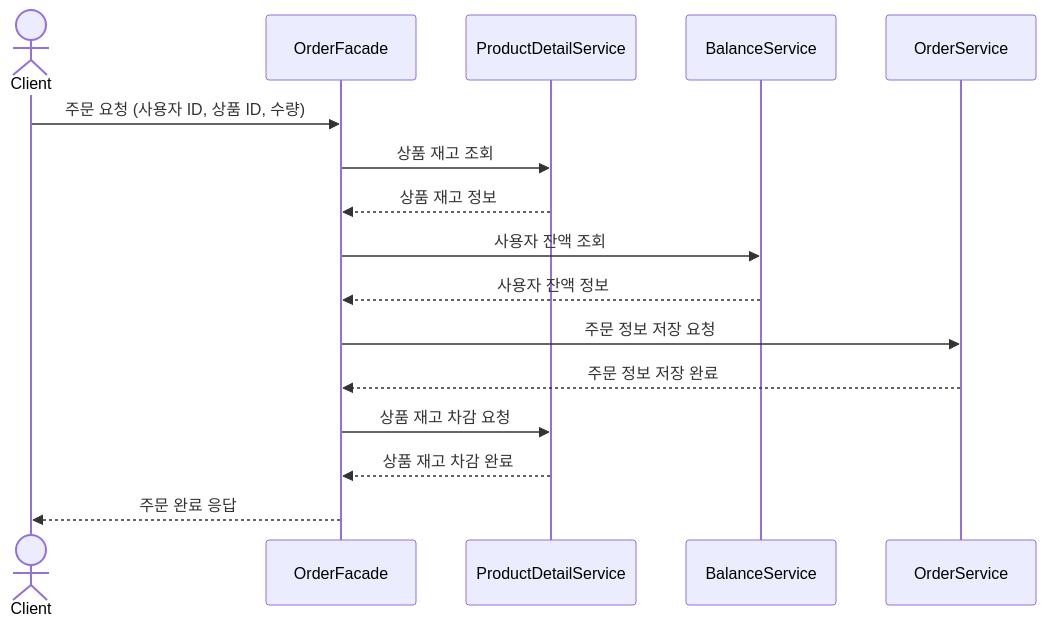
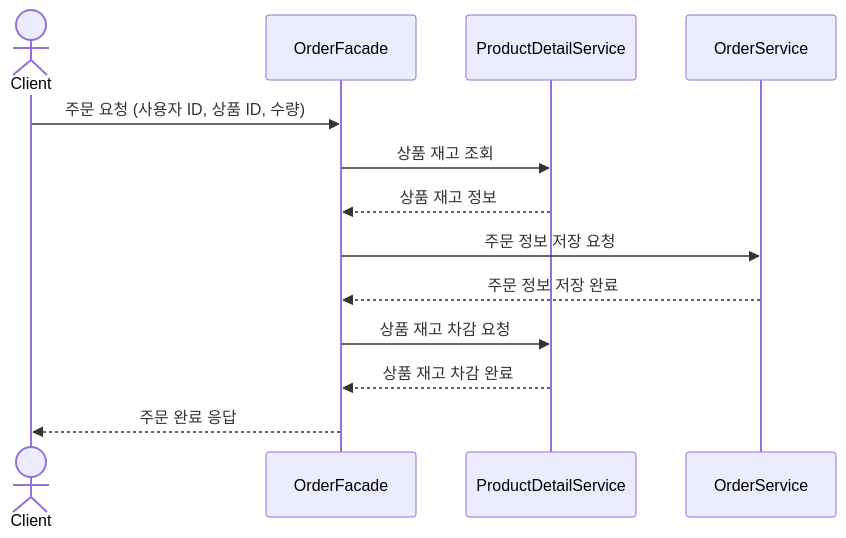
Before and after one commit to lgm1007/hhplus_ecommerce: the fourth of 9 diagrams in docs/SEQUENCE_DIAGRAM.md, drawn with Mermaid. The commit also changed other lines of this file, not shown here.

Commit message:
docs: 시퀀스 다이어그램에서 주문, 결제 시퀀스 수정

````diff
--- a/docs/SEQUENCE_DIAGRAM.md
+++ b/docs/SEQUENCE_DIAGRAM.md
@@ -73,19 +73,16 @@
 ```mermaid
 sequenceDiagram
     actor Client
     participant OrderFacade
     participant ProductDetailService
-    participant BalanceService
     participant OrderService
 
     Client ->> OrderFacade: 주문 요청 (사용자 ID, 상품 ID, 수량)
     OrderFacade ->> ProductDetailService: 상품 재고 조회
     ProductDetailService -->> OrderFacade: 상품 재고 정보
-    OrderFacade ->> BalanceService: 사용자 잔액 조회
-    BalanceService -->> OrderFacade: 사용자 잔액 정보
     OrderFacade ->> OrderService: 주문 정보 저장 요청
     OrderService -->> OrderFacade: 주문 정보 저장 완료
     OrderFacade ->> ProductDetailService: 상품 재고 차감 요청
     ProductDetailService -->> OrderFacade: 상품 재고 차감 완료
     OrderFacade -->> Client: 주문 완료 응답
 ```
````
